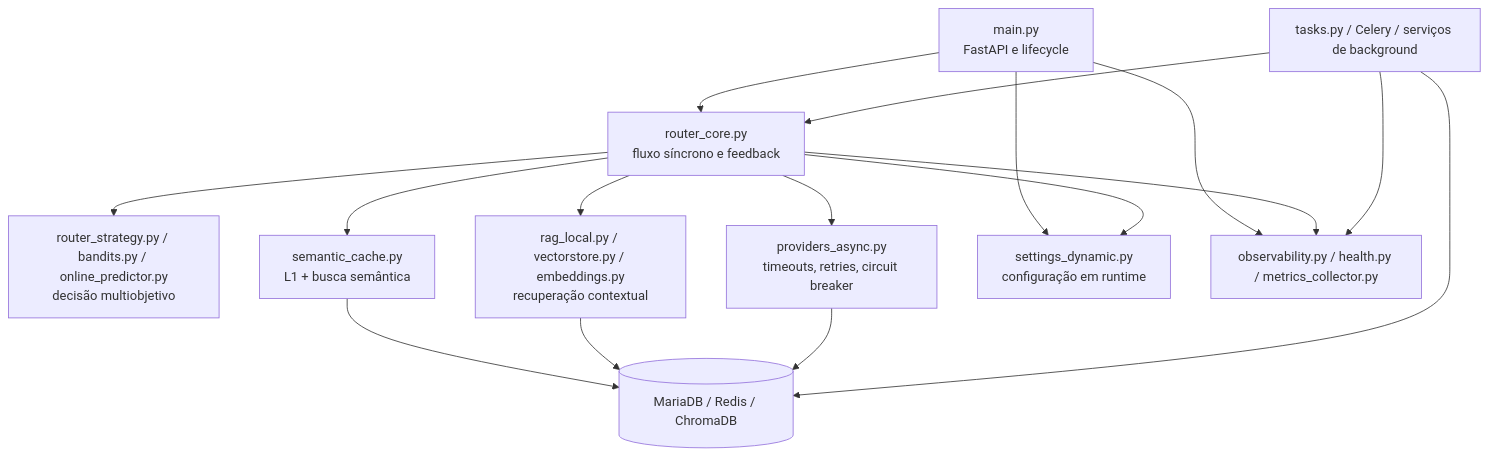
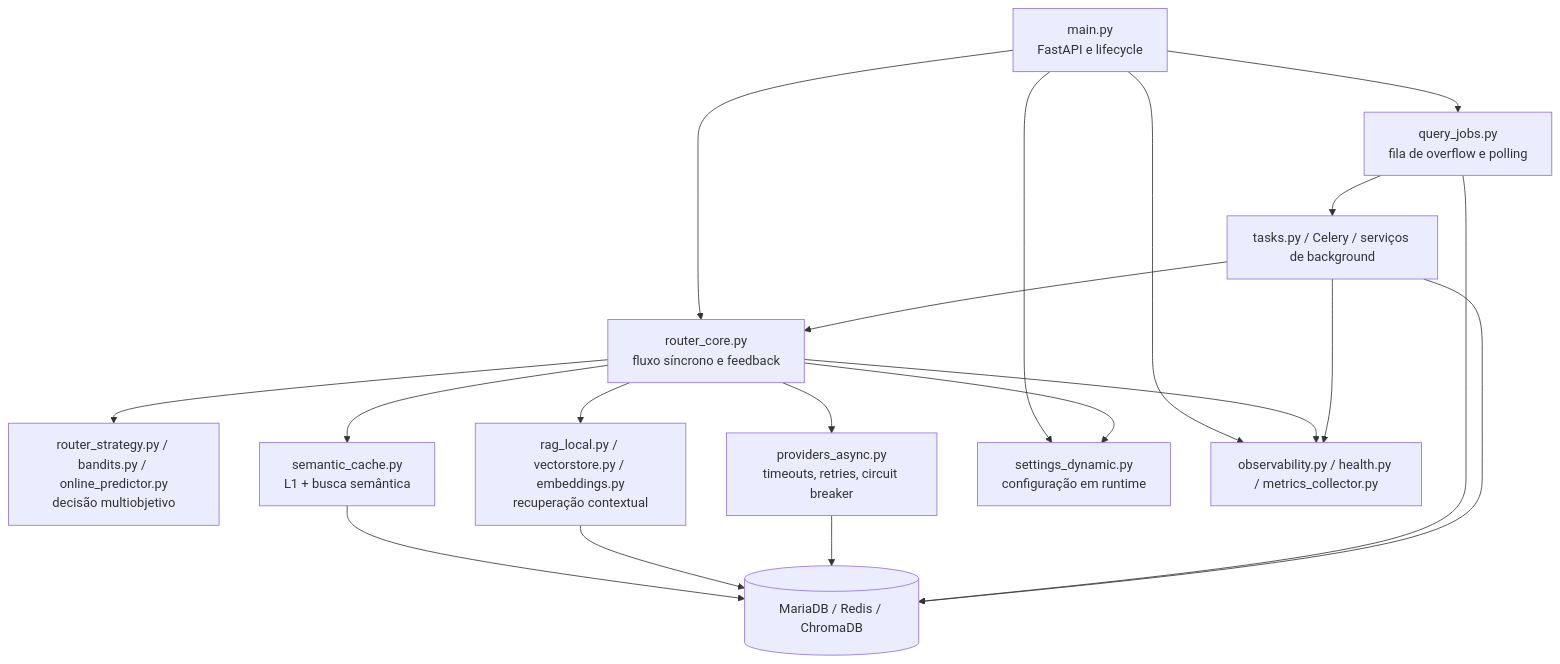
One commit to jeffersonduartebr/iag_forall changed the seventh of 10 diagrams in docs/ARCHITECTURE.md. Above: the diagram before and after it, drawn with Mermaid. The commit also changed other lines of this file and 3 other files, not shown here.

First line of the commit message:
docs: refresh diagrams for async query flow and new response contract

````diff
--- a/docs/ARCHITECTURE.md
+++ b/docs/ARCHITECTURE.md
@@ -126,29 +130,33 @@
 ```mermaid
 flowchart TD
     Main[main.py<br/>FastAPI e lifecycle]
     Router[router_core.py<br/>fluxo síncrono e feedback]
+    QueryJobs[query_jobs.py<br/>fila de overflow e polling]
     Strategy[router_strategy.py / bandits.py / online_predictor.py<br/>decisão multiobjetivo]
     Providers[providers_async.py<br/>timeouts, retries, circuit breaker]
     Cache[semantic_cache.py<br/>L1 + busca semântica]
     Rag[rag_local.py / vectorstore.py / embeddings.py<br/>recuperação contextual]
     Settings[settings_dynamic.py<br/>configuração em runtime]
     Obs[observability.py / health.py / metrics_collector.py]
     Data[(MariaDB / Redis / ChromaDB)]
     Workers[tasks.py / Celery / serviços de background]
 
     Main --> Router
+    Main --> QueryJobs
     Main --> Settings
     Main --> Obs
     Router --> Cache
     Router --> Rag
     Router --> Strategy
     Router --> Providers
     Router --> Settings
     Router --> Obs
     Cache --> Data
     Rag --> Data
     Providers --> Data
+    QueryJobs --> Data
+    QueryJobs --> Workers
     Workers --> Router
     Workers --> Data
     Workers --> Obs
 ```
````
